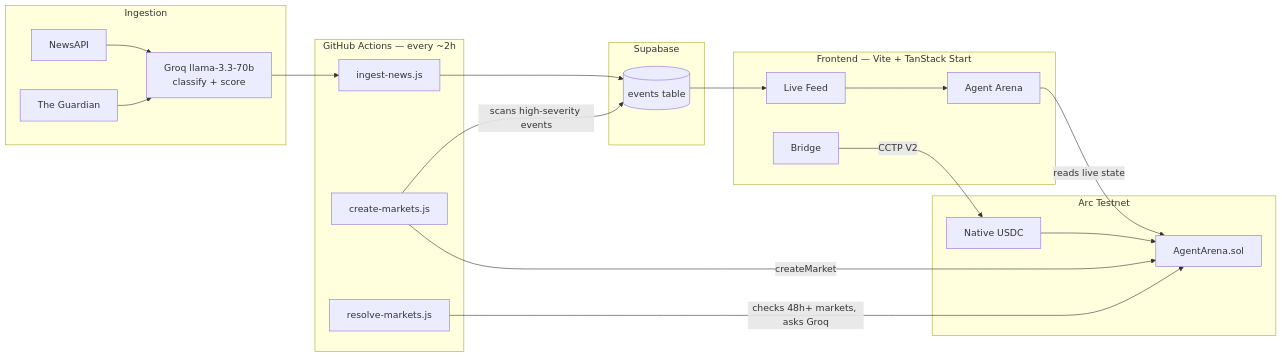
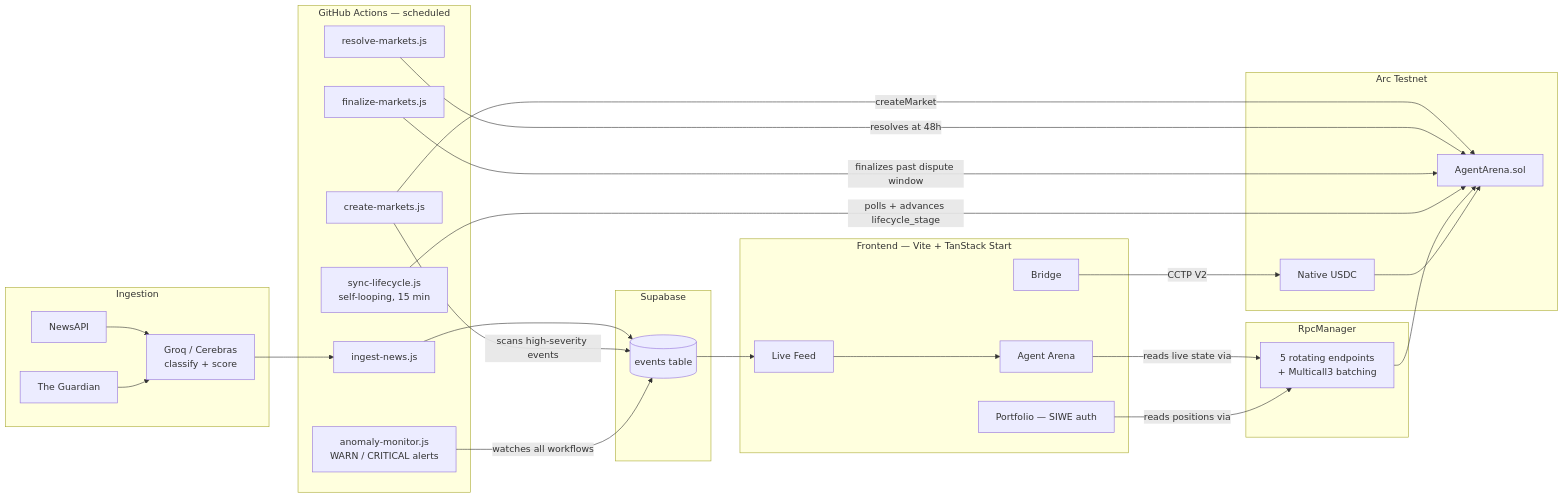
Before and after one commit to blocknine0/geomacro: the first of 5 diagrams in README.md, drawn with Mermaid. The commit also changed other lines of this file, not shown here.

````diff
--- a/README.md
+++ b/README.md
@@ -51,41 +53,54 @@
 ```mermaid
 flowchart LR
     subgraph ingestion[Ingestion]
         NA[NewsAPI]
         GD[The Guardian]
-        GR[Groq llama-3.3-70b<br/>classify + score]
+        GR[Groq / Cerebras<br/>classify + score]
     end
 
-    subgraph automation[GitHub Actions — every ~2h]
+    subgraph automation[GitHub Actions — scheduled]
         ING[ingest-news.js]
         CRE[create-markets.js]
         RES[resolve-markets.js]
+        FIN[finalize-markets.js]
+        SYNC[sync-lifecycle.js<br/>self-looping, 15 min]
+        MON[anomaly-monitor.js<br/>WARN / CRITICAL alerts]
     end
 
     subgraph data[Supabase]
         DB[(events table)]
     end
 
     subgraph client[Frontend — Vite + TanStack Start]
         FEED[Live Feed]
         ARENA[Agent Arena]
         BRIDGE[Bridge]
+        PORT[Portfolio — SIWE auth]
+    end
+
+    subgraph rpc[RpcManager]
+        RM[5 rotating endpoints<br/>+ Multicall3 batching]
     end
 
     subgraph chain[Arc Testnet]
         CT[AgentArena.sol]
         USDC[Native USDC]
     end
 
     NA --> GR --> ING
     GD --> GR
     ING --> DB
     DB --> FEED
     CRE -->|scans high-severity events| DB
     CRE -->|createMarket| CT
-    RES -->|checks 48h+ markets, asks Groq| CT
-    ARENA -->|reads live state| CT
+    RES -->|resolves at 48h| CT
+    FIN -->|finalizes past dispute window| CT
+    SYNC -->|polls + advances lifecycle_stage| CT
+    MON -->|watches all workflows| DB
+    ARENA -->|reads live state via| RM
+    RM --> CT
     FEED --> ARENA
     BRIDGE -->|CCTP V2| USDC
+    PORT -->|reads positions via| RM
     USDC --> CT
 ```
````
